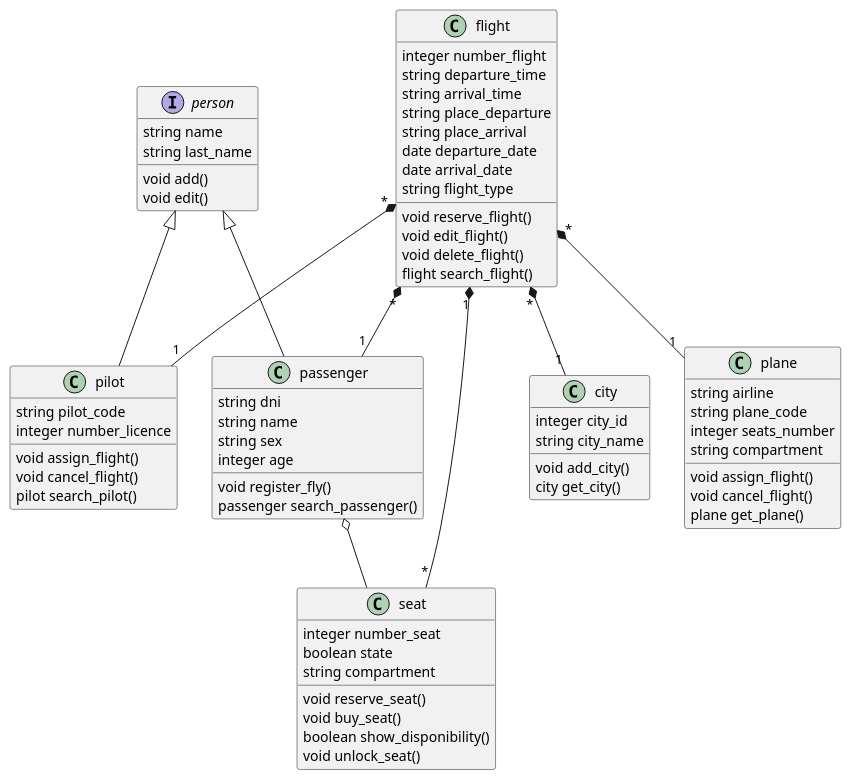
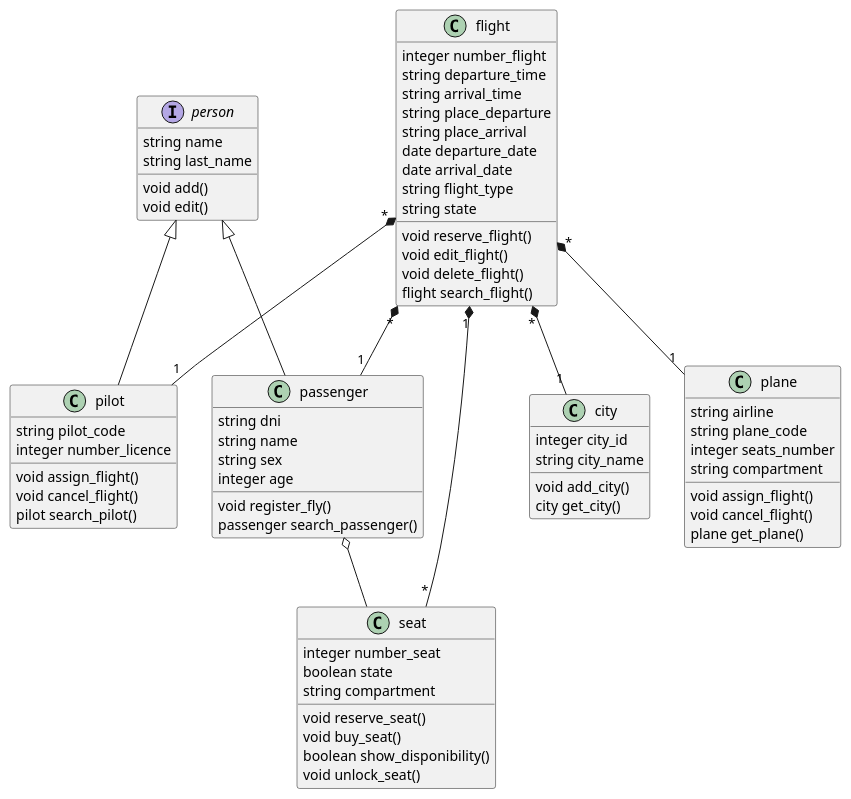
The diagram in Modelos 4+1/Diagrama de clases.pu (JordiValverde/proyecto_final), drawn with PlantUML before and after one commit. The commit also changed 5 other files, not shown here.

```diff
--- a/Modelos 4+1/Diagrama de clases.pu
+++ b/Modelos 4+1/Diagrama de clases.pu
@@ -1,86 +1,87 @@
 @startuml
 
     interface person{
         string name
         string last_name
         
         void add()
         void edit()
         
     }
     class passenger{
         string dni
         string name
         string sex
         integer age
         
         void register_fly()
         passenger search_passenger()
     }
     
     class pilot{
         string pilot_code
         integer number_licence
         
         void assign_flight()
         void cancel_flight()
         pilot search_pilot()
     }
     
     class plane{
         string airline
         string plane_code
         integer seats_number
         string compartment
         
         void assign_flight()
         void cancel_flight()
         plane get_plane()
     }
     
     class flight{
         integer number_flight
         string departure_time
         string arrival_time
         string place_departure
         string place_arrival
         date departure_date
         date arrival_date
         string flight_type
+        string state
         
         void reserve_flight()
         void edit_flight()
         void delete_flight()
         flight search_flight()
     }
     
     class seat{
         integer number_seat
         boolean state
         string compartment
         
         void reserve_seat()
         void buy_seat()
         boolean show_disponibility()
         void unlock_seat()
     }
     
     class city{
         integer city_id
         string city_name
         
         void add_city()
         city get_city()
     }
 
 
     person <|-- pilot
     person <|-- passenger
     flight "*" *-- "1" plane
     flight "*" *-- "1" passenger
     flight "*" *-- "1" pilot
     flight "*" *-- "1" city
     flight "1" *-- "*" seat
     passenger o-- seat
     
 @enduml
```
